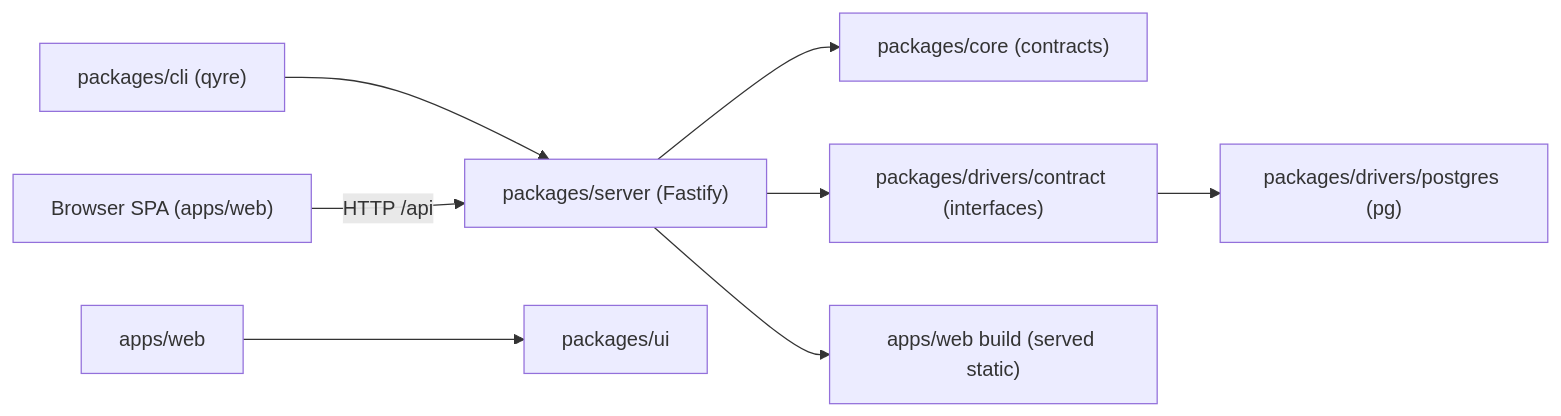
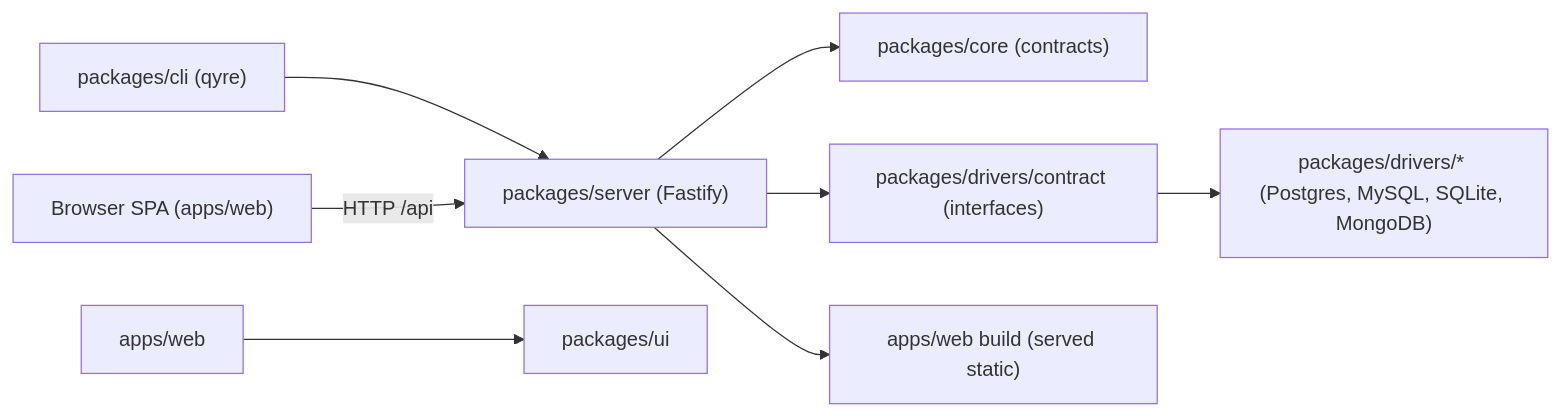
One commit to ensp1re/qyre changed the diagram in ARCHITECTURE.md. Above: the diagram before and after it, drawn with Mermaid. The commit also changed other lines of this file and 22 other files, not shown here.

````diff
--- a/ARCHITECTURE.md
+++ b/ARCHITECTURE.md
@@ -15,10 +15,10 @@
 ```mermaid
 flowchart LR
   cli["packages/cli (qyre)"] --> server["packages/server (Fastify)"]
   server --> core["packages/core (contracts)"]
   server --> adapterApi["packages/drivers/contract (interfaces)"]
-  adapterApi --> pg["packages/drivers/postgres (pg)"]
+  adapterApi --> drivers["packages/drivers/* (Postgres, MySQL, SQLite, MongoDB)"]
   server --> static["apps/web build (served static)"]
   browser["Browser SPA (apps/web)"] -->|HTTP /api| server
   web2ui["apps/web"] --> uikit["packages/ui"]
 ```
````
